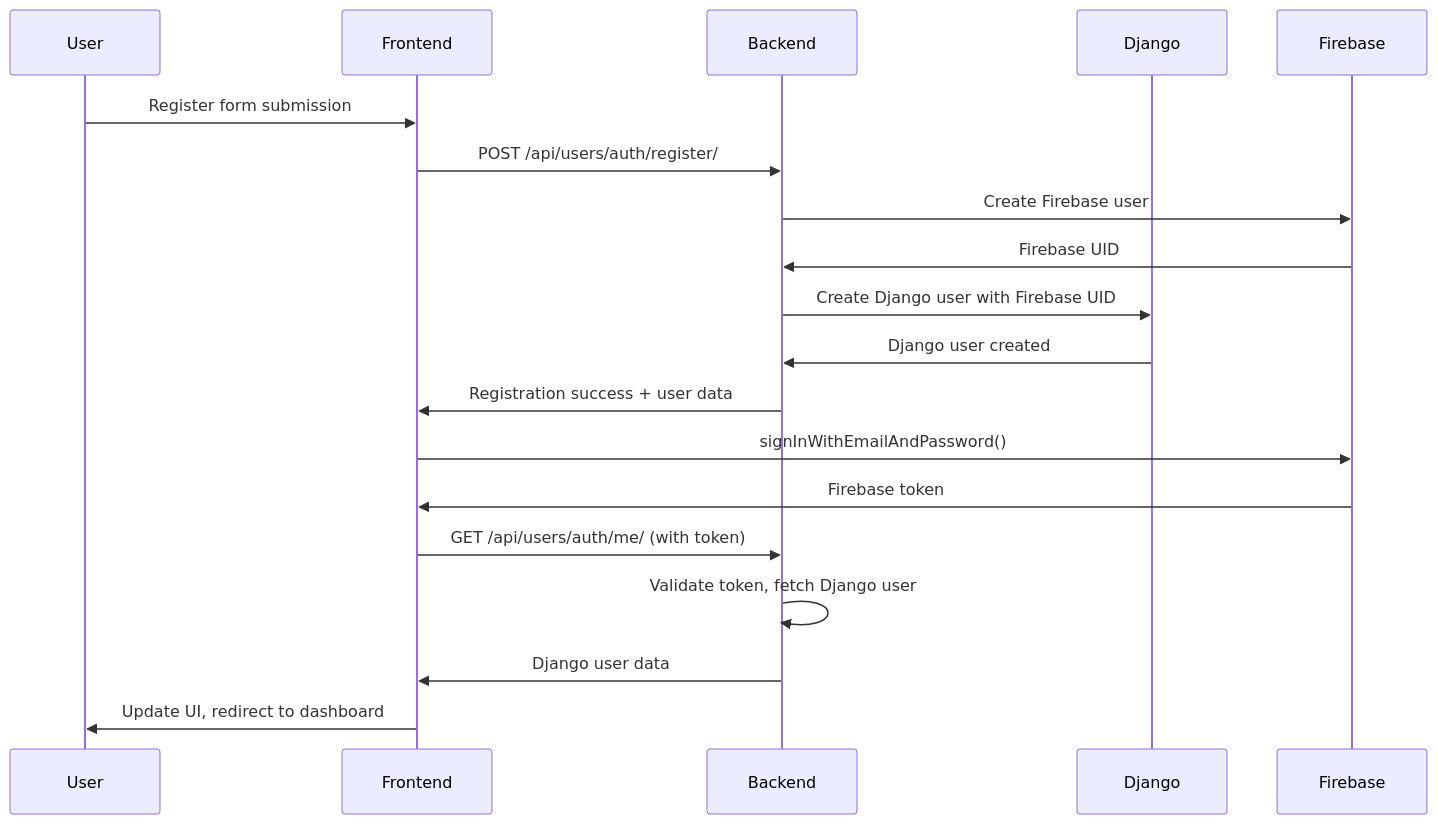
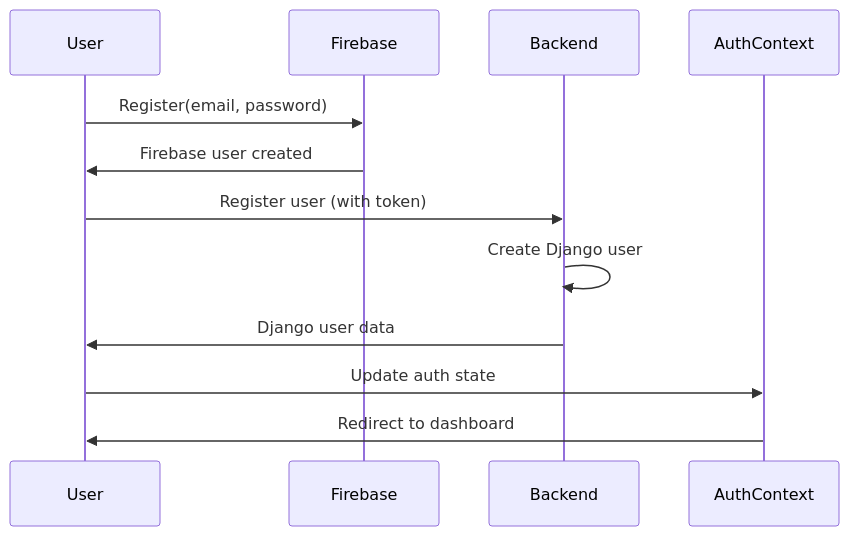
Before and after one commit to Duong37/capisoft-interndocs: the first of 3 diagrams in backend/docs/auth-architecture.md, drawn with Mermaid. The commit also changed other lines of this file and 4 other files, not shown here.

````diff
--- a/backend/docs/auth-architecture.md
+++ b/backend/docs/auth-architecture.md
@@ -80,22 +80,15 @@
 ```mermaid
 sequenceDiagram
     participant U as User
-    participant F as Frontend
+    participant F as Firebase
     participant B as Backend
-    participant D as Django
-    participant FB as Firebase
+    participant C as AuthContext
 
-    U->>F: Register form submission
-    F->>B: POST /api/users/auth/register/
-    B->>FB: Create Firebase user
-    FB->>B: Firebase UID
-    B->>D: Create Django user with Firebase UID
-    D->>B: Django user created
-    B->>F: Registration success + user data
-    F->>FB: signInWithEmailAndPassword()
-    FB->>F: Firebase token
-    F->>B: GET /api/users/auth/me/ (with token)
-    B->>B: Validate token, fetch Django user
-    B->>F: Django user data
-    F->>U: Update UI, redirect to dashboard
+    U->>F: Register(email, password)
+    F->>U: Firebase user created
+    U->>B: Register user (with token)
+    B->>B: Create Django user
+    B->>U: Django user data
+    U->>C: Update auth state
+    C->>U: Redirect to dashboard
 ```
````
